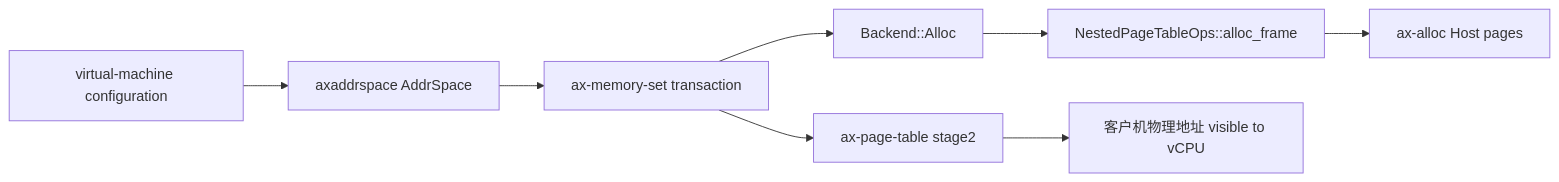
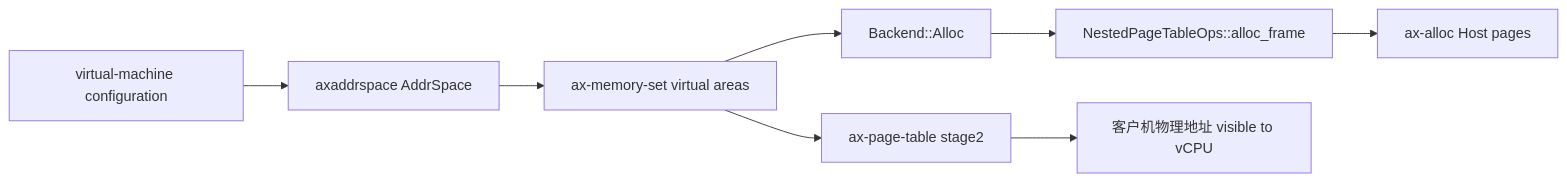
The third of 3 diagrams in docs/docs/architecture/memory/integration.md (rcore-os/tgoskits), drawn with Mermaid before and after one commit. The commit also changed other lines of this file and 84 other files, not shown here.

Commit message:
refactor(memory): replace transaction protocol with direct backend operations

````diff
--- a/docs/docs/architecture/memory/integration.md
+++ b/docs/docs/architecture/memory/integration.md
@@ -231,10 +231,10 @@
 ```mermaid
 flowchart LR
     VM["virtual-machine configuration"] --> AS["axaddrspace AddrSpace"]
-    AS --> MS["ax-memory-set transaction"]
+    AS --> MS["ax-memory-set virtual areas"]
     MS --> Guest["Backend::Alloc"]
     Guest --> Ops["NestedPageTableOps::alloc_frame"]
     Ops --> Host["ax-alloc Host pages"]
     MS --> 嵌套页表["ax-page-table stage2"]
     嵌套页表 --> Vcpu["客户机物理地址 visible to vCPU"]
 ```
````
